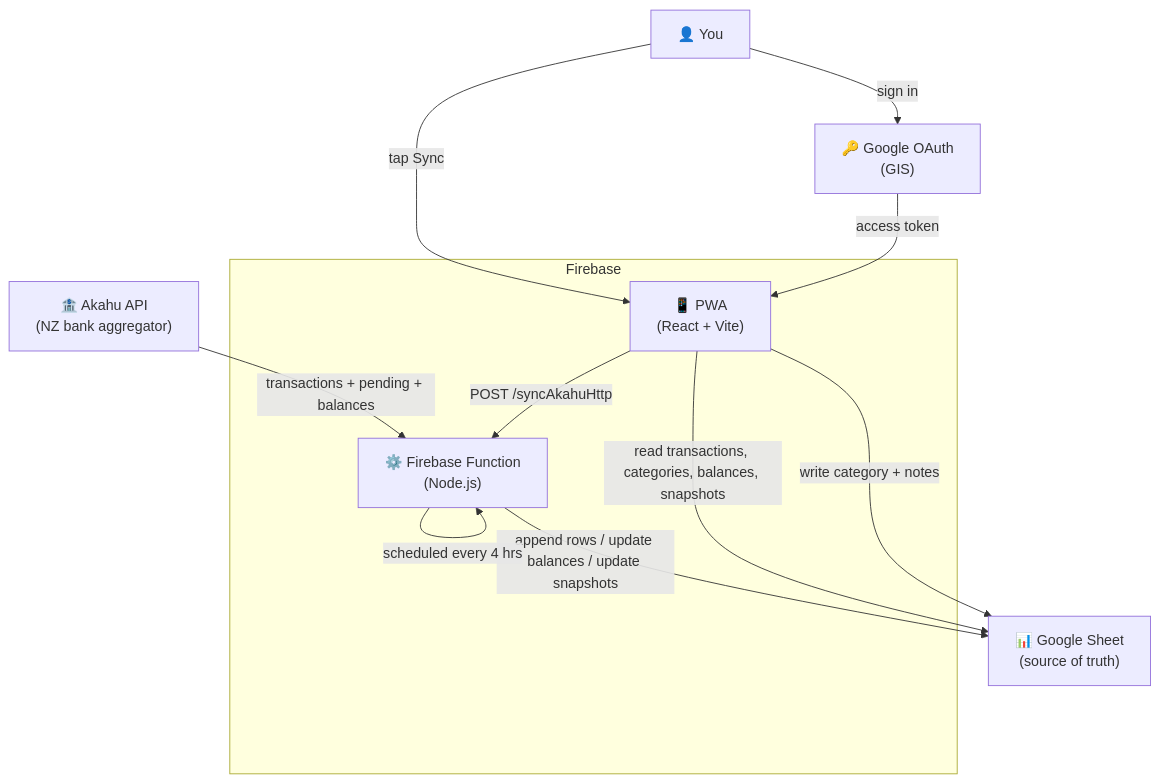
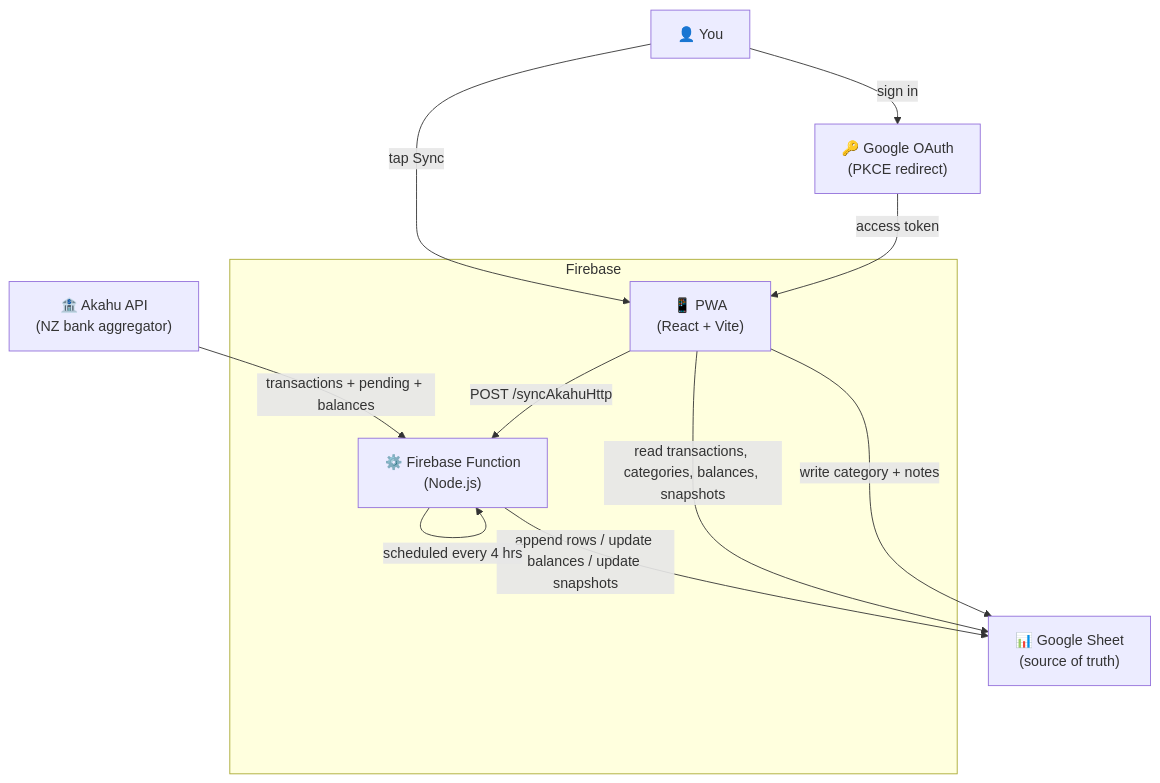
The diagram in README.md (DarraghMcC/budgetappv2), drawn with Mermaid before and after one commit. The commit also changed other lines of this file and 6 other files, not shown here.

First line of the commit message:
Replace GIS implicit flow with OAuth 2.0 PKCE redirect flow

````diff
--- a/README.md
+++ b/README.md
@@ -7,24 +7,24 @@
 ```mermaid
 flowchart TD
     Akahu["🏦 Akahu API\n(NZ bank aggregator)"]
     Fn["⚙️ Firebase Function\n(Node.js)"]
     Sheet["📊 Google Sheet\n(source of truth)"]
     PWA["📱 PWA\n(React + Vite)"]
     User["👤 You"]
-    GIS["🔑 Google OAuth\n(GIS)"]
+    OAuth["🔑 Google OAuth\n(PKCE redirect)"]
 
     Akahu -->|transactions + pending + balances| Fn
     Fn -->|append rows / update balances / update snapshots| Sheet
     Fn -->|scheduled every 4 hrs| Fn
     PWA -->|read transactions, categories, balances, snapshots| Sheet
     PWA -->|write category + notes| Sheet
     User -->|tap Sync| PWA
     PWA -->|POST /syncAkahuHttp| Fn
-    User -->|sign in| GIS
-    GIS -->|access token| PWA
+    User -->|sign in| OAuth
+    OAuth -->|access token| PWA
 
     subgraph Firebase
         Fn
         PWA
     end
 ```
````
